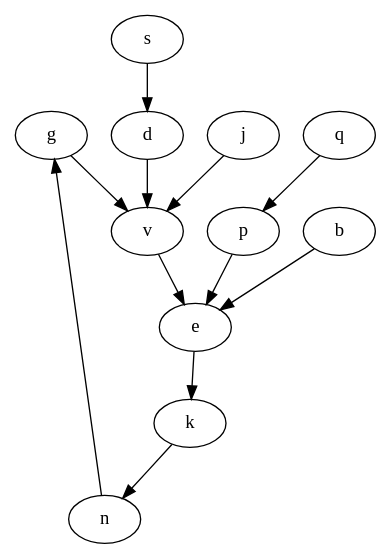
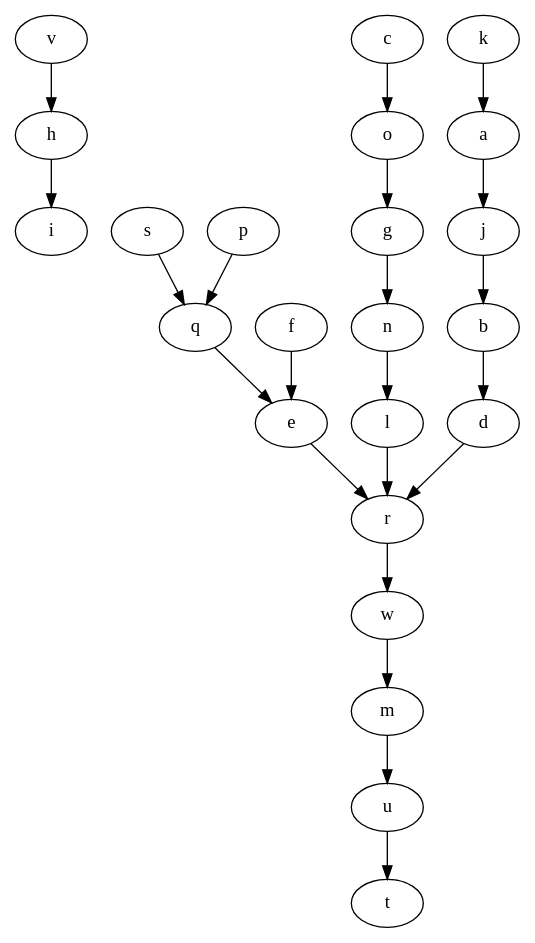
Before and after one commit to ClayDowling/llintersections: the diagram in samples/graphH.gv, drawn with Graphviz. The commit also changed 23 other files, not shown here.

```diff
--- a/samples/graphH.gv
+++ b/samples/graphH.gv
@@ -1,13 +1,23 @@
 digraph intersection {
-  g -> v
-  p -> e
-  q -> p
-  d -> v
-  j -> v
-  k -> n
-  n -> g
-  b -> e
-  e -> k
-  s -> d
-  v -> e
+  h -> i
+  b -> d
+  k -> a
+  c -> o
+  s -> q
+  q -> e
+  w -> m
+  o -> g
+  n -> l
+  l -> r
+  f -> e
+  g -> n
+  m -> u
+  v -> h
+  a -> j
+  e -> r
+  j -> b
+  d -> r
+  u -> t
+  r -> w
+  p -> q
 }
```
